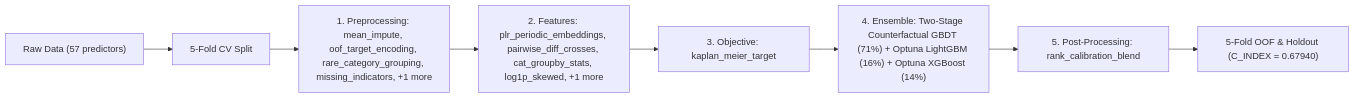
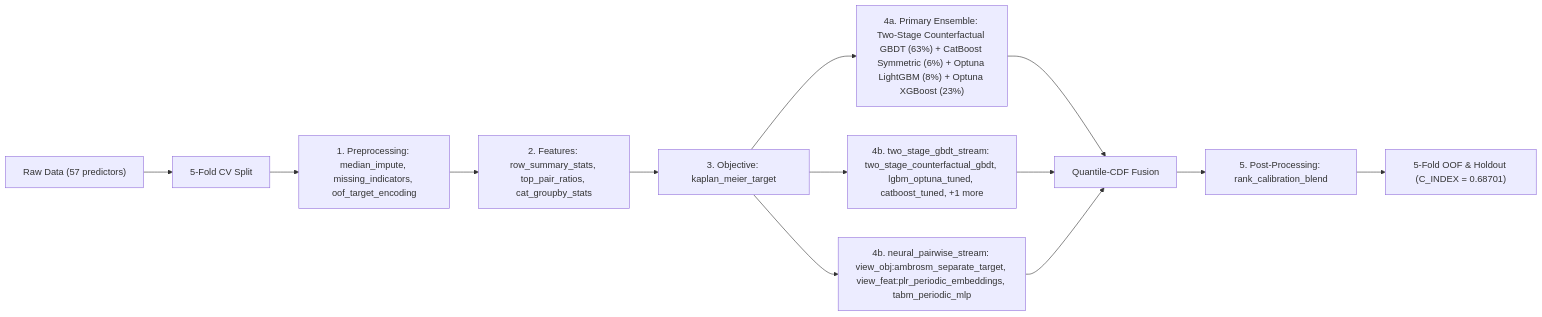
One commit to stefanoclss/CIBMTR-Equity-in-Post-HCT-Survival-Predictions changed the diagram in README.md. Above: the diagram before and after it, drawn with Mermaid. The commit also changed other lines of this file, not shown here.

First line of the commit message:
docs(readme): refresh verified OOF benchmark & build ledger (C_INDEX=0.68701)

````diff
--- a/README.md
+++ b/README.md
@@ -148,10 +72,15 @@
 ```mermaid
 flowchart LR
     DATA["Raw Data (57 predictors)"] --> SPLIT["5-Fold CV Split"]
-    SPLIT --> PRE["1. Preprocessing: mean_impute, oof_target_encoding, rare_category_grouping, missing_indicators, +1 more"]
-    PRE --> FEAT["2. Features: plr_periodic_embeddings, pairwise_diff_crosses, cat_groupby_stats, log1p_skewed, +1 more"]
+    SPLIT --> PRE["1. Preprocessing: median_impute, missing_indicators, oof_target_encoding"]
+    PRE --> FEAT["2. Features: row_summary_stats, top_pair_ratios, cat_groupby_stats"]
     FEAT --> OBJ["3. Objective: kaplan_meier_target"]
-    OBJ --> M0["4. Ensemble: Two-Stage Counterfactual GBDT (71%) + Optuna LightGBM (16%) + Optuna XGBoost (14%)"]
-    M0 --> POST["5. Post-Processing: rank_calibration_blend"]
-    POST --> OUT["5-Fold OOF & Holdout (C_INDEX = 0.67940)"]
+    OBJ --> M0["4a. Primary Ensemble: Two-Stage Counterfactual GBDT (63%) + CatBoost Symmetric (6%) + Optuna LightGBM (8%) + Optuna XGBoost (23%)"]
+    M0 --> FUSE["Quantile-CDF Fusion"]
+    OBJ --> S1["4b. two_stage_gbdt_stream: two_stage_counterfactual_gbdt, lgbm_optuna_tuned, catboost_tuned, +1 more"]
+    S1 --> FUSE
+    OBJ --> S2["4b. neural_pairwise_stream: view_obj:ambrosm_separate_target, view_feat:plr_periodic_embeddings, tabm_periodic_mlp"]
+    S2 --> FUSE
+    FUSE --> POST["5. Post-Processing: rank_calibration_blend"]
+    POST --> OUT["5-Fold OOF & Holdout (C_INDEX = 0.68701)"]
 ```
````
